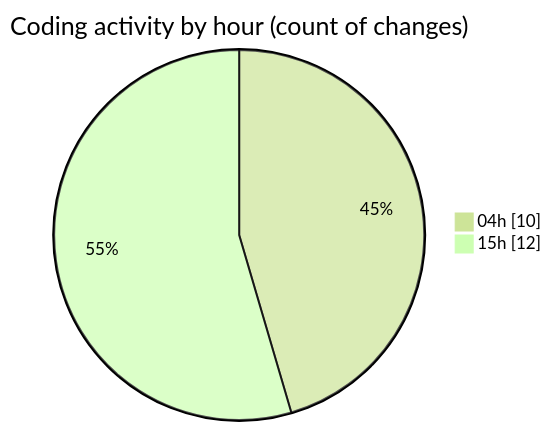
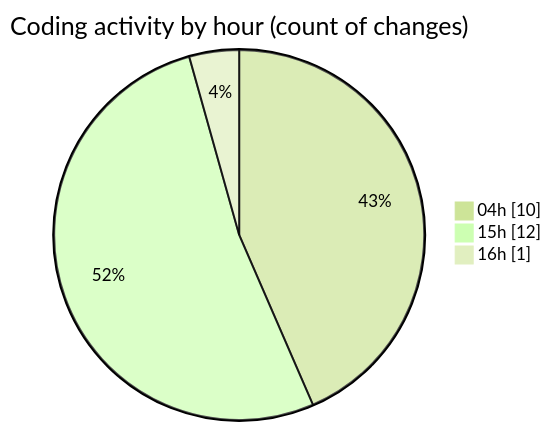
One commit to charlie-sans/code-tracking changed the second of 2 diagrams in 2025-03-17/sharpmasm/README.md. Above: the diagram before and after it, drawn with Mermaid (forest theme). The commit also changed other lines of this file and 1 other file, not shown here.

````diff
--- a/2025-03-17/sharpmasm/README.md
+++ b/2025-03-17/sharpmasm/README.md
@@ -35,6 +35,7 @@
 ```mermaid
 pie showData
 title Coding activity by hour (count of changes)
 "04h" : 10
 "15h" : 12
+"16h" : 1
 ```
````
